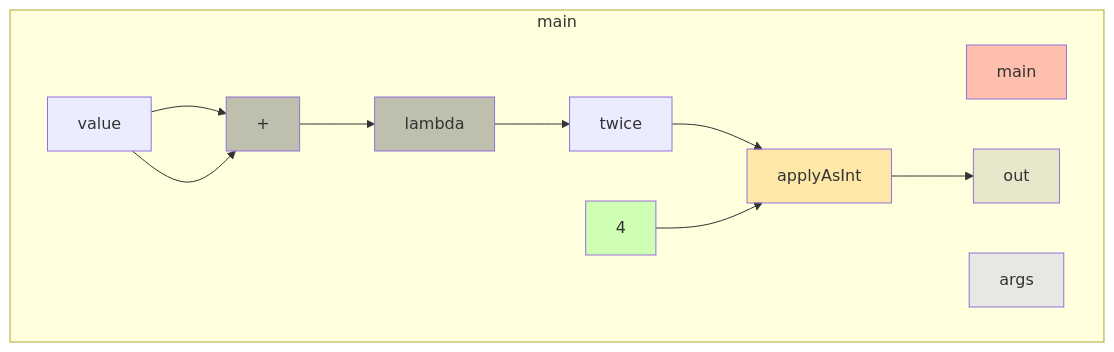
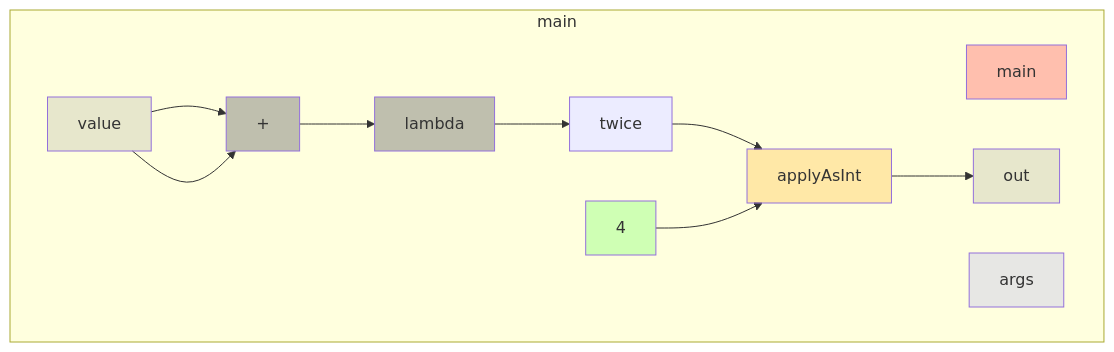
The diagram in app/src/test/resources/statementLambda/truth.md (gstiebler/codeflow), drawn with Mermaid before and after one commit. The commit also changed 20 other files, not shown here.

First line of the commit message:
Build every graph from the IR, and delete the tree walker

````diff
--- a/app/src/test/resources/statementLambda/truth.md
+++ b/app/src/test/resources/statementLambda/truth.md
@@ -1,28 +1,28 @@
 ```mermaid
 flowchart TD
   subgraph b0["main"]
     n1[main]:::RETURN
     n2[args]:::FUNC_PARAM
-    n3[value]:::OBJ_VARIABLE
-    n4[lambda]:::BIN_OP
-    n5[+]:::BIN_OP
+    n3[value]:::VARIABLE
+    n4[+]:::BIN_OP
+    n5[lambda]:::BIN_OP
     n6[twice]:::OBJ_VARIABLE
     n7[4]:::LITERAL
     n8[applyAsInt]:::EXTERNAL
     n9[out]:::VARIABLE
-    n3[value]:::OBJ_VARIABLE --> n5[+]:::BIN_OP
-    n3[value]:::OBJ_VARIABLE --> n5[+]:::BIN_OP
-    n4[lambda]:::BIN_OP --> n6[twice]:::OBJ_VARIABLE
-    n5[+]:::BIN_OP --> n4[lambda]:::BIN_OP
+    n3[value]:::VARIABLE --> n4[+]:::BIN_OP
+    n3[value]:::VARIABLE --> n4[+]:::BIN_OP
+    n4[+]:::BIN_OP --> n5[lambda]:::BIN_OP
+    n5[lambda]:::BIN_OP --> n6[twice]:::OBJ_VARIABLE
     n6[twice]:::OBJ_VARIABLE --> n8[applyAsInt]:::EXTERNAL
     n7[4]:::LITERAL --> n8[applyAsInt]:::EXTERNAL
     n8[applyAsInt]:::EXTERNAL --> n9[out]:::VARIABLE
   end
   classDef LITERAL fill:#00FF0030
   classDef VARIABLE fill:#80808030
   classDef BIN_OP fill:#80808080
   classDef FUNC_PARAM fill:#8080FF30
   classDef RETURN fill:#FF808080
   classDef EXTERNAL fill:#FFA50040
   classDef UNMODELLED fill:#FF000030,stroke-dasharray: 4 2
 ```
````
